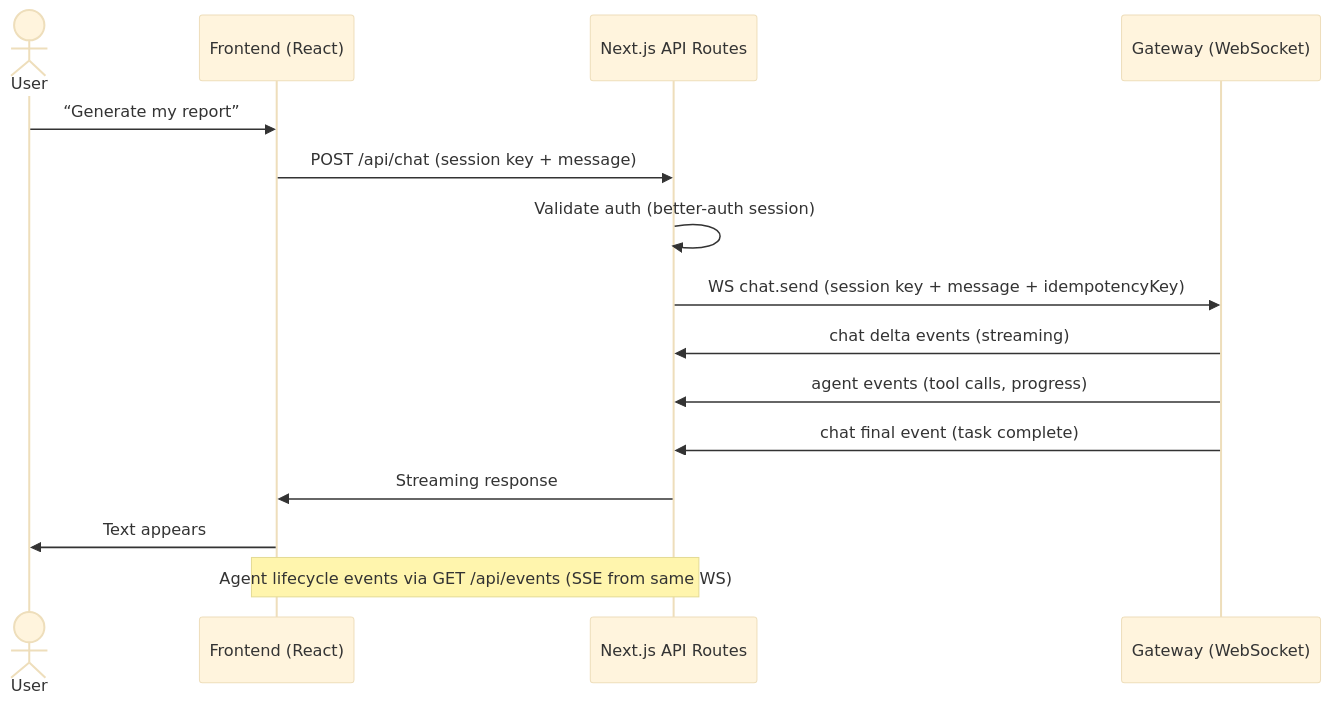
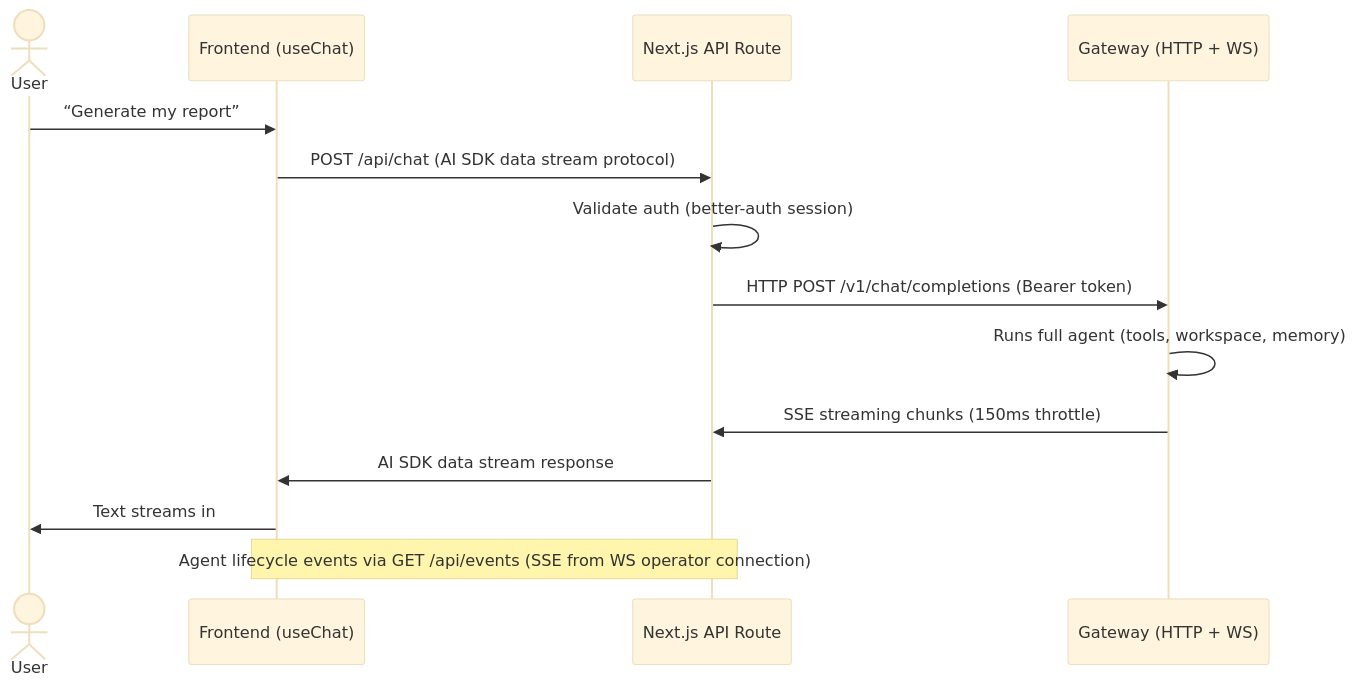
One commit to 1qh/claw changed the third of 5 diagrams in plan/02-gateway.md. Above: the diagram before and after it, drawn with Mermaid (base theme). The commit also changed other lines of this file and 9 other files, not shown here.

First line of the commit message:
Switch chat from WS chat.send to HTTP /v1/chat/completions

````diff
--- a/plan/02-gateway.md
+++ b/plan/02-gateway.md
@@ -117,20 +118,19 @@
 ```mermaid
 sequenceDiagram
     actor User
-    participant FE as Frontend (React)
-    participant API as Next.js API Routes
-    participant GW as Gateway (WebSocket)
+    participant FE as Frontend (useChat)
+    participant API as Next.js API Route
+    participant GW as Gateway (HTTP + WS)
 
     User->>FE: “Generate my report”
-    FE->>API: POST /api/chat (session key + message)
+    FE->>API: POST /api/chat (AI SDK data stream protocol)
     API->>API: Validate auth (better-auth session)
-    API->>GW: WS chat.send (session key + message + idempotencyKey)
+    API->>GW: HTTP POST /v1/chat/completions (Bearer token)
 
-    GW->>API: chat delta events (streaming)
-    GW->>API: agent events (tool calls, progress)
-    GW->>API: chat final event (task complete)
-    API->>FE: Streaming response
-    FE->>User: Text appears
+    GW->>GW: Runs full agent (tools, workspace, memory)
+    GW->>API: SSE streaming chunks (150ms throttle)
+    API->>FE: AI SDK data stream response
+    FE->>User: Text streams in
 
-    Note over FE,API: Agent lifecycle events via GET /api/events (SSE from same WS)
+    Note over FE,API: Agent lifecycle events via GET /api/events (SSE from WS operator connection)
 ```
````
